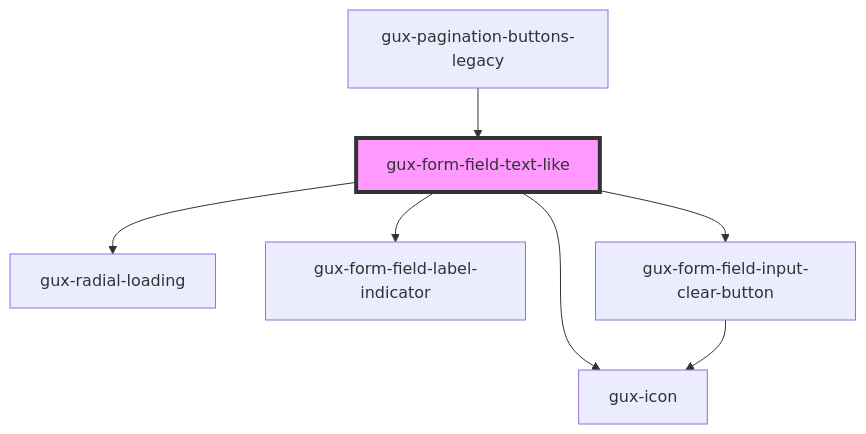
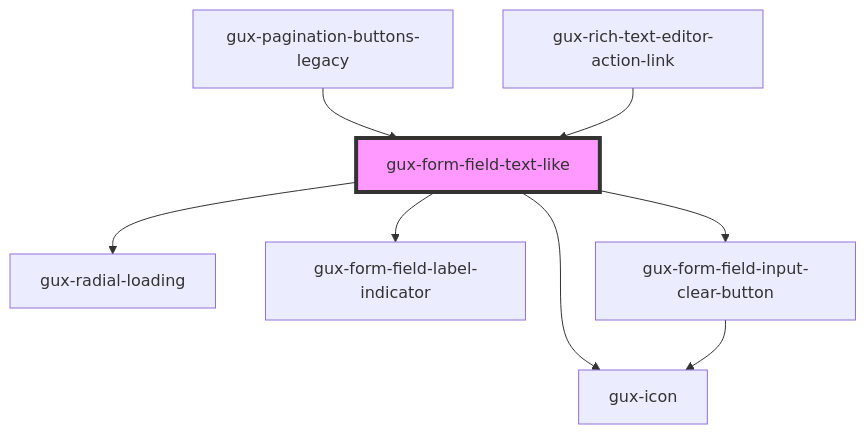
Before and after one commit to MyPureCloud/genesys-spark: the diagram in packages/genesys-spark-components/src/components/stable/gux-form-field/components/gux-form-field-text-like/readme.md, drawn with Mermaid. The commit also changed other lines of this file and 19 other files, not shown here.

First line of the commit message:
perf(rich-text-editor): addition of link feature

````diff
--- a/packages/genesys-spark-components/src/components/stable/gux-form-field/components/gux-form-field-text-like/readme.md
+++ b/packages/genesys-spark-components/src/components/stable/gux-form-field/components/gux-form-field-text-like/readme.md
@@ -58,10 +59,11 @@
 ```mermaid
 graph TD;
   gux-form-field-text-like --> gux-radial-loading
   gux-form-field-text-like --> gux-form-field-label-indicator
   gux-form-field-text-like --> gux-form-field-input-clear-button
   gux-form-field-text-like --> gux-icon
   gux-form-field-input-clear-button --> gux-icon
   gux-pagination-buttons-legacy --> gux-form-field-text-like
+  gux-rich-text-editor-action-link --> gux-form-field-text-like
   style gux-form-field-text-like fill:#f9f,stroke:#333,stroke-width:4px
 ```
````
